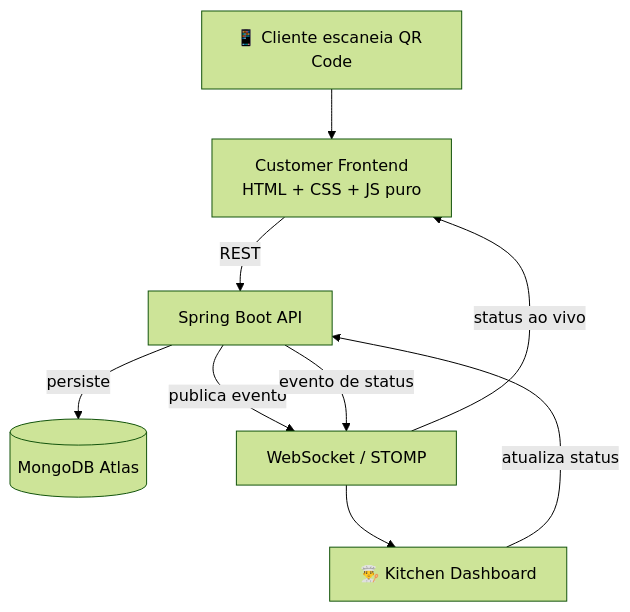
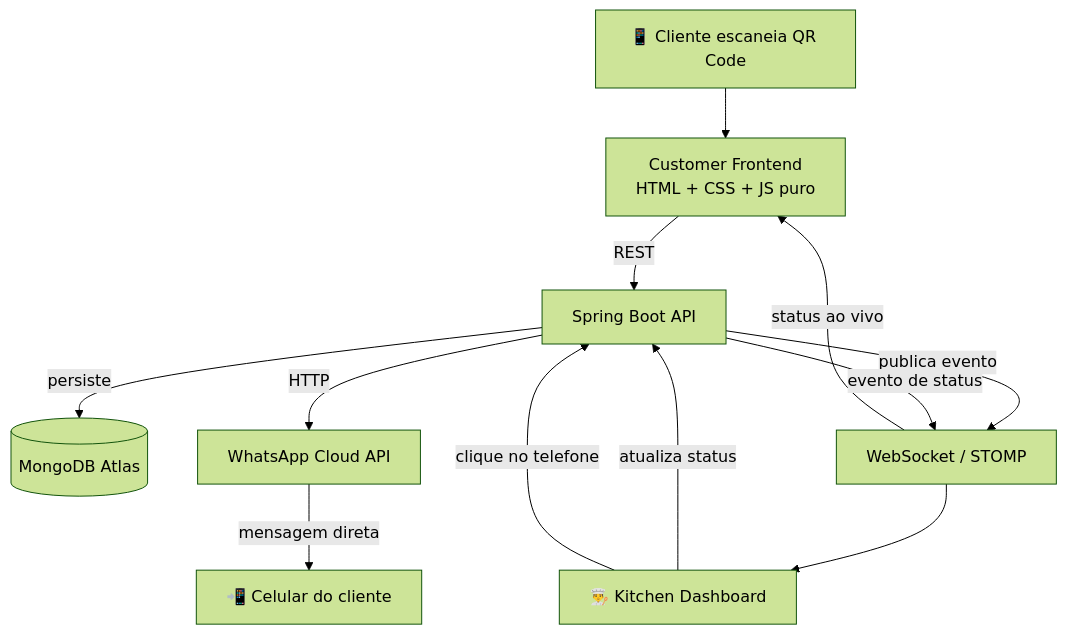
The first of 2 diagrams in README.md (GuilhermeDoSantoss/pedacinho-de-maria), drawn with Mermaid (forest theme) before and after one commit. The commit also changed other lines of this file, not shown here.

````diff
--- a/README.md
+++ b/README.md
@@ -60,11 +63,14 @@
 ```mermaid
 flowchart TD
     A[📱 Cliente escaneia QR Code] --> B[Customer Frontend<br/>HTML + CSS + JS puro]
     B -->|REST| C[Spring Boot API]
     C -->|persiste| D[(MongoDB Atlas)]
     C -->|publica evento| E[WebSocket / STOMP]
     E --> F[👨‍🍳 Kitchen Dashboard]
     F -->|atualiza status| C
     C -->|evento de status| E
     E -->|status ao vivo| B
+    F -->|clique no telefone| C
+    C -->|HTTP| G[WhatsApp Cloud API]
+    G -->|mensagem direta| H[📲 Celular do cliente]
 ```
````
